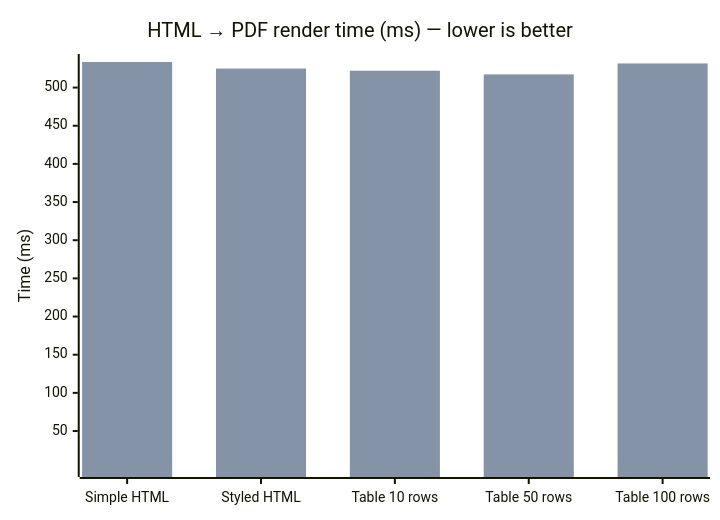
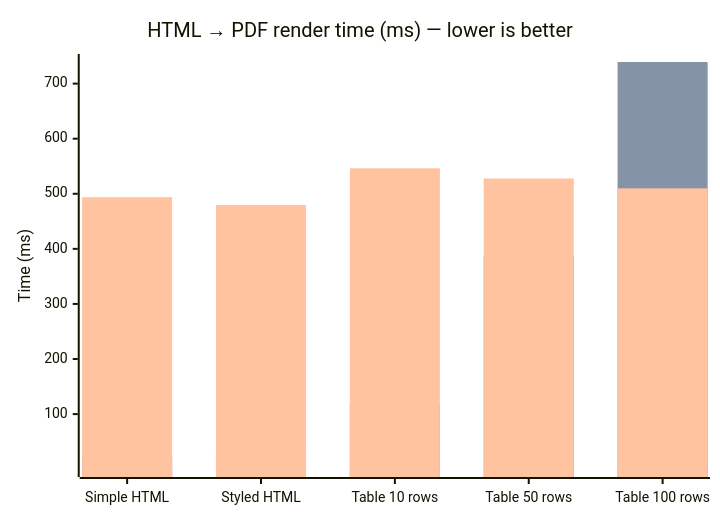
The diagram in benchmark_results.md (MoncefMak/fast-pdf), drawn with Mermaid before and after one commit. The commit also changed other lines of this file and 7 other files, not shown here.

````diff
--- a/benchmark_results.md
+++ b/benchmark_results.md
@@ -18,8 +18,9 @@
 ```mermaid
 xychart-beta
     title "HTML → PDF render time (ms) — lower is better"
     x-axis ["Simple HTML", "Styled HTML", "Table 10 rows", "Table 50 rows", "Table 100 rows"]
     y-axis "Time (ms)"
-    bar [0.258, 0.406, 1.701, 4.587, 10.623]
-    bar [533.507, 524.901, 522.082, 517.277, 531.601]
+    bar [0.332, 0.364, 1.444, 5.764, 10.575]
+    bar [24.584, 29.622, 119.326, 387.009, 739.248]
+    bar [493.848, 479.540, 546.278, 527.738, 509.814]
 ```
````
